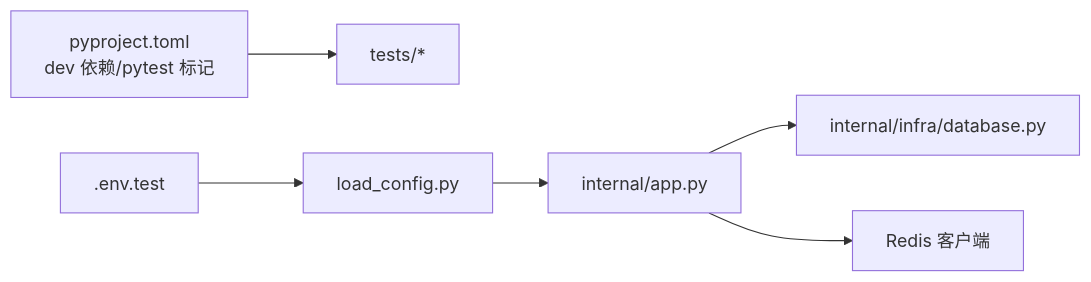
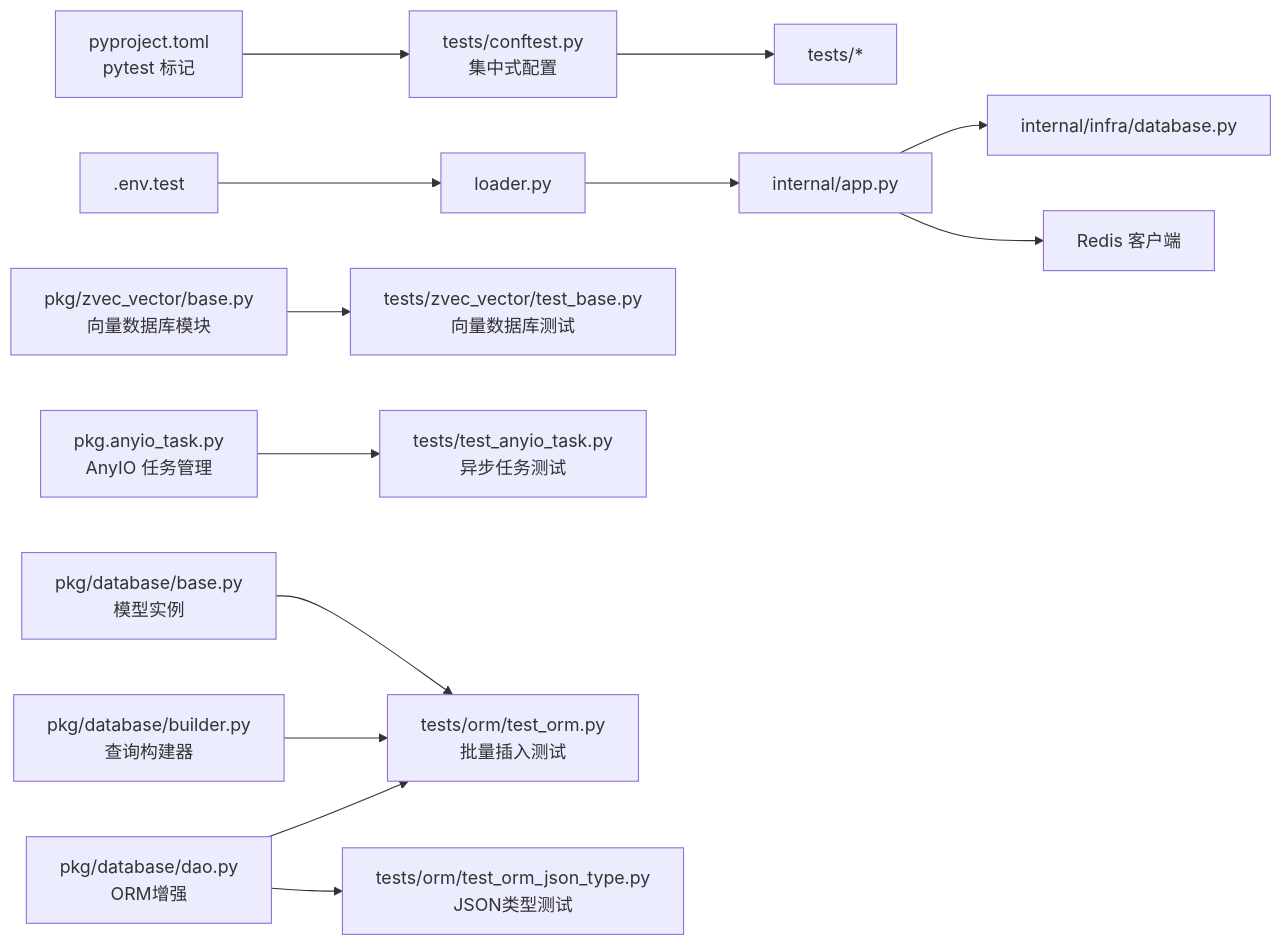
Before and after one commit to lilinzezzzzzz/fastapi-backend: diagram 19 of 19 in .qoder/repowiki/zh/content/测试策略/测试策略.md, drawn with Mermaid. The commit also changed other lines of this file and 42 other files, not shown here.

````diff
--- a/.qoder/repowiki/zh/content/测试策略/测试策略.md
+++ b/.qoder/repowiki/zh/content/测试策略/测试策略.md
@@ -380,8 +704,15 @@
 ```mermaid
 graph LR
-P["pyproject.toml<br/>dev 依赖/pytest 标记"] --> T["tests/*"]
-E[".env.test"] --> CFG["load_config.py"]
+CONF["tests/conftest.py<br/>集中式配置"] --> T["tests/*"]
+P["pyproject.toml<br/>pytest 标记"] --> CONF
+E[".env.test"] --> CFG["loader.py"]
 CFG --> APP["internal/app.py"]
 APP --> DB["internal/infra/database.py"]
 APP --> REDIS["Redis 客户端"]
+ZVEC["pkg/zvec_vector/base.py<br/>向量数据库模块"] --> ZVEC_TEST["tests/zvec_vector/test_base.py<br/>向量数据库测试"]
+ANYIO["pkg.anyio_task.py<br/>AnyIO 任务管理"] --> ANYIO_TEST["tests/test_anyio_task.py<br/>异步任务测试"]
+ORM["pkg/database/dao.py<br/>ORM增强"] --> ORM_TEST["tests/orm/test_orm.py<br/>批量插入测试"]
+ORM --> ORM_JSON_TEST["tests/orm/test_orm_json_type.py<br/>JSON类型测试"]
+BUILDER["pkg/database/builder.py<br/>查询构建器"] --> ORM_TEST
+BASE["pkg/database/base.py<br/>模型实例"] --> ORM_TEST
 ```
````
